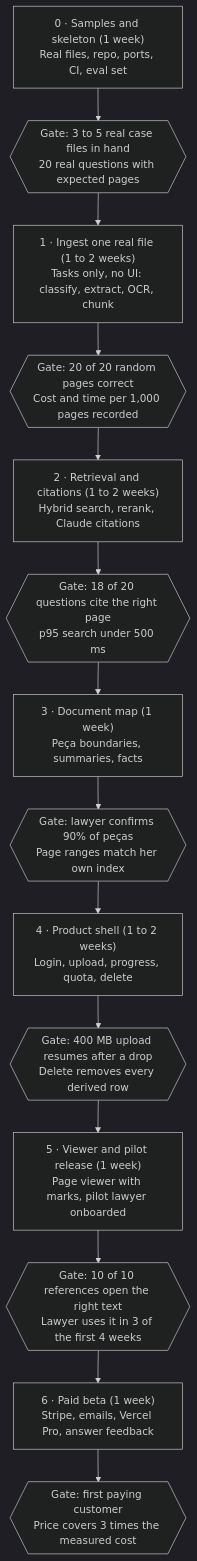
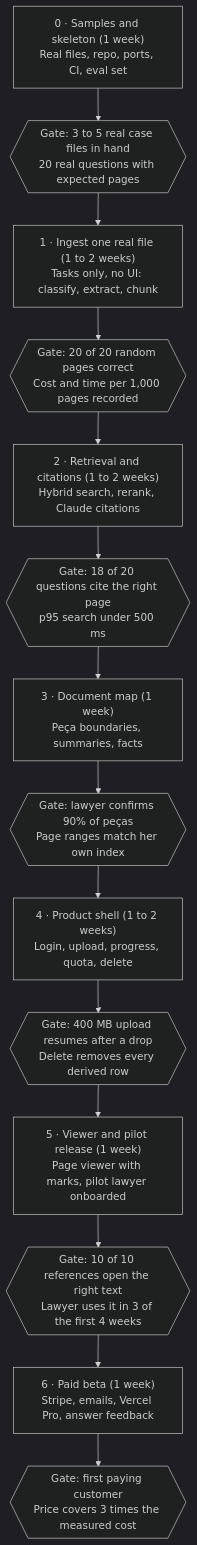
One commit to cleitonbalonekr/consta changed the second of 2 diagrams in docs/prd-mvp.md. Above: the diagram before and after it, drawn with Mermaid (dark theme). The commit also changed other lines of this file and 22 other files, not shown here.

First line of the commit message:
feat: read digital pages only, and use Sonnet 5.5 and Haiku 5.5

````diff
--- a/docs/prd-mvp.md
+++ b/docs/prd-mvp.md
@@ -375,10 +376,10 @@
 ```mermaid
 flowchart TD
   P0["0 · Samples and skeleton (1 week)<br/>Real files, repo, ports, CI, eval set"] --> G0{{"Gate: 3 to 5 real case files in hand<br/>20 real questions with expected pages"}}
-  G0 --> P1["1 · Ingest one real file (1 to 2 weeks)<br/>Tasks only, no UI: classify, extract, OCR, chunk"] --> G1{{"Gate: 20 of 20 random pages correct<br/>Cost and time per 1,000 pages recorded"}}
+  G0 --> P1["1 · Ingest one real file (1 to 2 weeks)<br/>Tasks only, no UI: classify, extract, chunk"] --> G1{{"Gate: 20 of 20 random pages correct<br/>Cost and time per 1,000 pages recorded"}}
   G1 --> P2["2 · Retrieval and citations (1 to 2 weeks)<br/>Hybrid search, rerank, Claude citations"] --> G2{{"Gate: 18 of 20 questions cite the right page<br/>p95 search under 500 ms"}}
   G2 --> P3["3 · Document map (1 week)<br/>Peça boundaries, summaries, facts"] --> G3{{"Gate: lawyer confirms 90% of peças<br/>Page ranges match her own index"}}
   G3 --> P4["4 · Product shell (1 to 2 weeks)<br/>Login, upload, progress, quota, delete"] --> G4{{"Gate: 400 MB upload resumes after a drop<br/>Delete removes every derived row"}}
   G4 --> P5["5 · Viewer and pilot release (1 week)<br/>Page viewer with marks, pilot lawyer onboarded"] --> G5{{"Gate: 10 of 10 references open the right text<br/>Lawyer uses it in 3 of the first 4 weeks"}}
   G5 --> P6["6 · Paid beta (1 week)<br/>Stripe, emails, Vercel Pro, answer feedback"] --> G6{{"Gate: first paying customer<br/>Price covers 3 times the measured cost"}}
 ```
````
